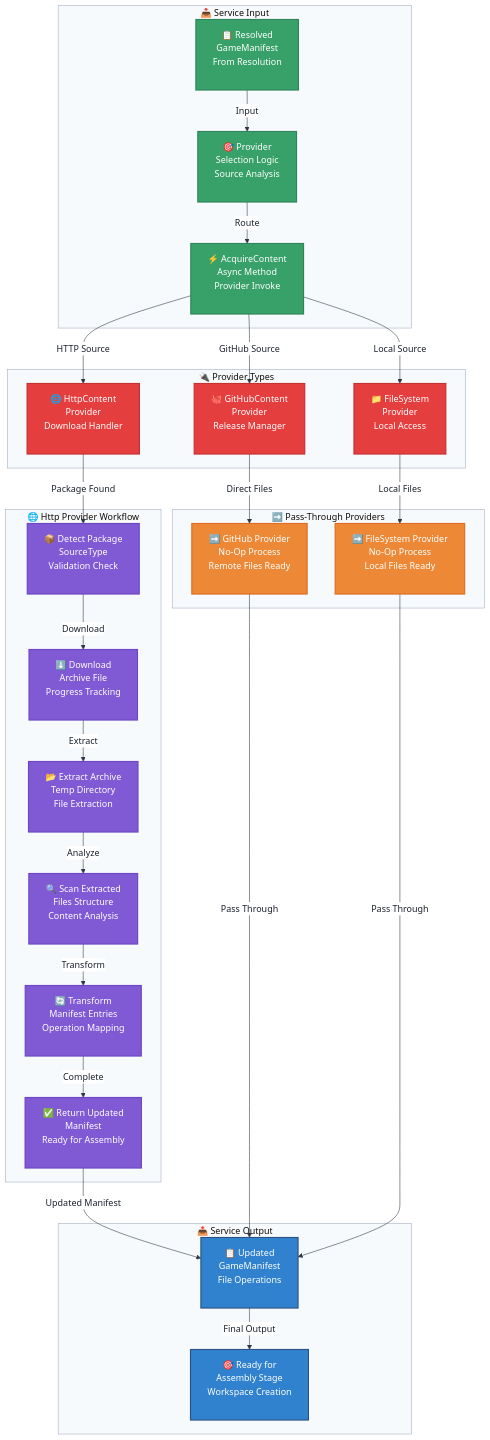
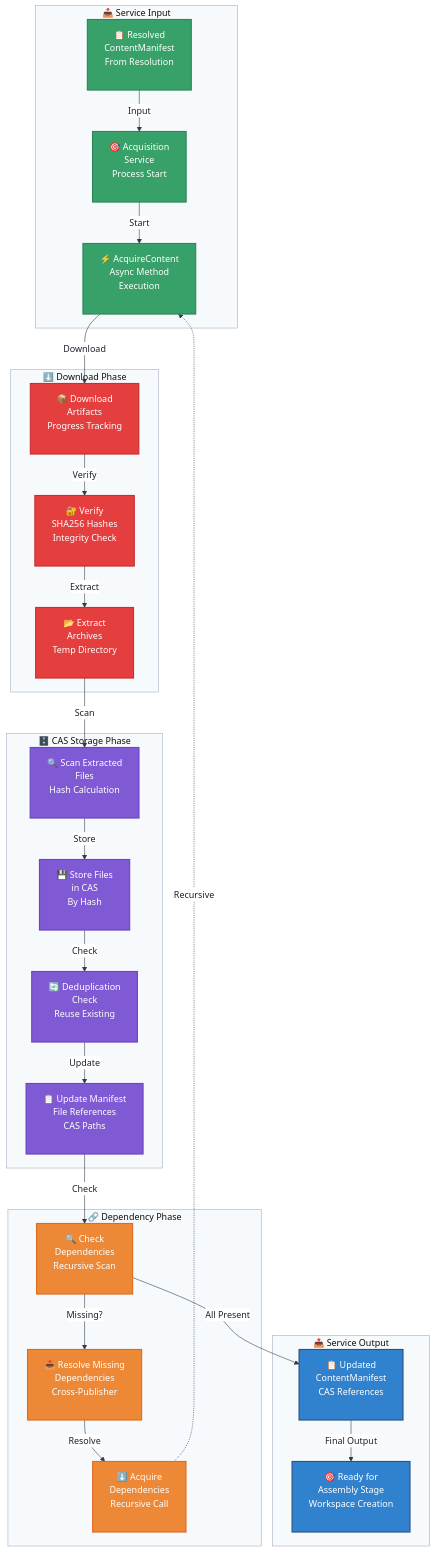
Before and after one commit to community-outpost/GenHub: the diagram in docs/FlowCharts/Acquisition-Flow.md, drawn with Mermaid. The commit also changed other lines of this file and 65 other files, not shown here.

````diff
--- a/docs/FlowCharts/Acquisition-Flow.md
+++ b/docs/FlowCharts/Acquisition-Flow.md
@@ -24,84 +24,79 @@
 
 graph TB
     subgraph SI ["📥 Service Input"]
-        A["📋 Resolved<br/>GameManifest<br/>From Resolution
+        A["📋 Resolved<br/>ContentManifest<br/>From Resolution
 <br>"]
-        B["🎯 Provider<br/>Selection Logic<br/>Source Analysis
+        B["🎯 Acquisition<br/>Service<br/>Process Start
 <br>"]
-        C["⚡ AcquireContent<br/>Async Method<br/>Provider Invoke
+        C["⚡ AcquireContent<br/>Async Method<br/>Execution
 <br>"]
     end
 
-    subgraph PT ["🔌 Provider Types"]
-        D1["🌐 HttpContent<br/>Provider<br/>Download Handler
+    subgraph DL ["⬇️ Download Phase"]
+        D1["📦 Download<br/>Artifacts<br/>Progress Tracking
 <br>"]
-        D2["🐙 GitHubContent<br/>Provider<br/>Release Manager
-<br>"] 
-        D3["📁 FileSystem<br/>Provider<br/>Local Access
+        D2["🔐 Verify<br/>SHA256 Hashes<br/>Integrity Check
+<br>"]
+        D3["📂 Extract<br/>Archives<br/>Temp Directory
 <br>"]
     end
 
-    subgraph HPW ["🌐 Http Provider Workflow"]
-        E1["📦 Detect Package<br/>SourceType<br/>Validation Check
+    subgraph CAS ["🗄️ CAS Storage Phase"]
+        E1["🔍 Scan Extracted<br/>Files<br/>Hash Calculation
 <br>"]
-        E2["⬇️ Download<br/>Archive File<br/>Progress Tracking
+        E2["💾 Store Files<br/>in CAS<br/>By Hash
 <br>"]
-        E3["📂 Extract Archive<br/>Temp Directory<br/>File Extraction
+        E3["🔄 Deduplication<br/>Check<br/>Reuse Existing
 <br>"]
-        E4["🔍 Scan Extracted<br/>Files Structure<br/>Content Analysis
-<br>"]
-        E5["🔄 Transform<br/>Manifest Entries<br/>Operation Mapping
-<br>"]
-        E6["✅ Return Updated<br/>Manifest<br/>Ready for Assembly
+        E4["📋 Update Manifest<br/>File References<br/>CAS Paths
 <br>"]
     end
 
-    subgraph PTP ["➡️ Pass-Through Providers"]
-        F1["➡️ GitHub Provider<br/>No-Op Process<br/>Remote Files Ready
+    subgraph DEP ["🔗 Dependency Phase"]
+        F1["🔍 Check<br/>Dependencies<br/>Recursive Scan
 <br>"]
-        F2["➡️ FileSystem Provider<br/>No-Op Process<br/>Local Files Ready
+        F2["📥 Resolve Missing<br/>Dependencies<br/>Cross-Publisher
+<br>"]
+        F3["⬇️ Acquire<br/>Dependencies<br/>Recursive Call
 <br>"]
     end
 
     subgraph SO ["📤 Service Output"]
-        G["📋 Updated<br/>GameManifest<br/>File Operations
+        G["📋 Updated<br/>ContentManifest<br/>CAS References
 <br>"]
         H["🎯 Ready for<br/>Assembly Stage<br/>Workspace Creation
 <br>"]
     end
 
     A -->|Input| B
-    B -->|Route| C
-    
-    C -->|HTTP Source| D1
-    C -->|GitHub Source| D2
-    C -->|Local Source| D3
-    
-    D1 -->|Package Found| E1
-    E1 -->|Download| E2
-    E2 -->|Extract| E3
-    E3 -->|Analyze| E4
-    E4 -->|Transform| E5
-    E5 -->|Complete| E6
-    
-    D2 -->|Direct Files| F1
-    D3 -->|Local Files| F2
-    
-    E6 -->|Updated Manifest| G
-    F1 -->|Pass Through| G
-    F2 -->|Pass Through| G
-    
+    B -->|Start| C
+
+    C -->|Download| D1
+    D1 -->|Verify| D2
+    D2 -->|Extract| D3
+
+    D3 -->|Scan| E1
+    E1 -->|Store| E2
+    E2 -->|Check| E3
+    E3 -->|Update| E4
+
+    E4 -->|Check| F1
+    F1 -->|Missing?| F2
+    F2 -->|Resolve| F3
+    F3 -.->|Recursive| C
+
+    F1 -->|All Present| G
     G -->|Final Output| H
 
     classDef service fill:#38a169,stroke:#2f855a,stroke-width:2px,color:#ffffff
-    classDef provider fill:#e53e3e,stroke:#c53030,stroke-width:2px,color:#ffffff
-    classDef httpWorkflow fill:#805ad5,stroke:#6b46c1,stroke-width:2px,color:#ffffff
-    classDef passThrough fill:#ed8936,stroke:#dd6b20,stroke-width:2px,color:#ffffff
+    classDef download fill:#e53e3e,stroke:#c53030,stroke-width:2px,color:#ffffff
+    classDef cas fill:#805ad5,stroke:#6b46c1,stroke-width:2px,color:#ffffff
+    classDef dependency fill:#ed8936,stroke:#dd6b20,stroke-width:2px,color:#ffffff
     classDef output fill:#3182ce,stroke:#2c5282,stroke-width:2px,color:#ffffff
 
     class A,B,C service
-    class D1,D2,D3 provider
-    class E1,E2,E3,E4,E5,E6 httpWorkflow
-    class F1,F2 passThrough
+    class D1,D2,D3 download
+    class E1,E2,E3,E4 cas
+    class F1,F2,F3 dependency
     class G,H output
 ```
````
